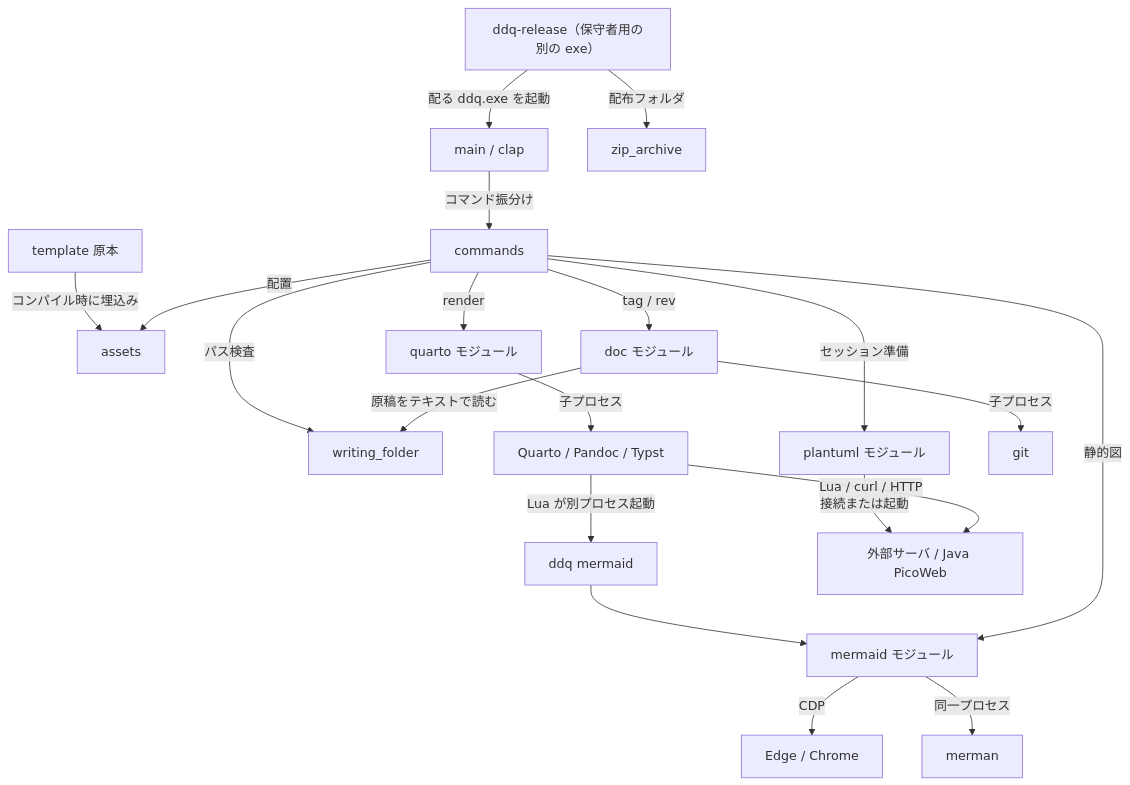
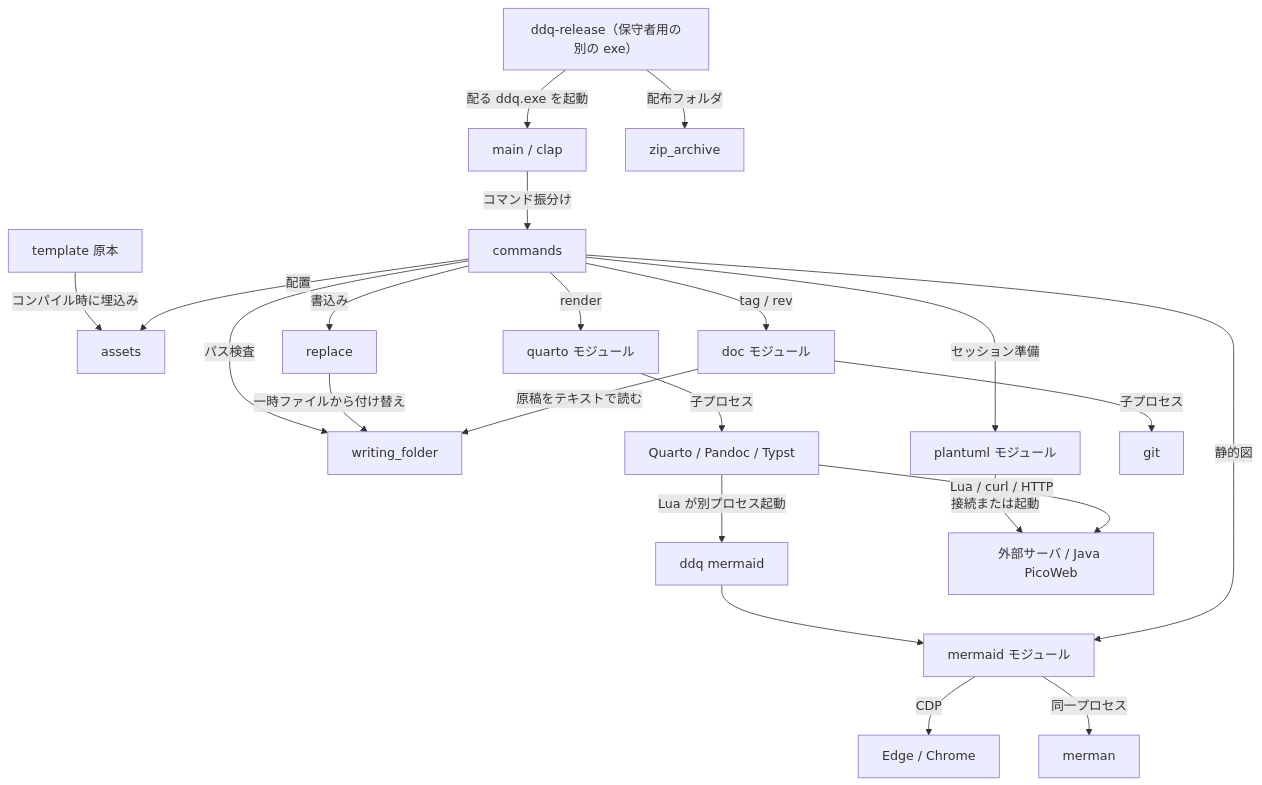
Before and after one commit to ramsesyok/ddq-template: the diagram in docs/cli-impl/02-architecture.qmd, drawn with Mermaid. The commit also changed other lines of this file and 29 other files, not shown here.

````diff
--- a/docs/cli-impl/02-architecture.qmd
+++ b/docs/cli-impl/02-architecture.qmd
@@ -7,22 +7,24 @@
 ```mermaid
 flowchart TB
   T[template 原本] -->|コンパイル時に埋込み| A[assets]
   M[main / clap] -->|コマンド振分け| C[commands]
   C -->|パス検査| W[writing_folder]
   C -->|配置| A
   C -->|render| Q[quarto モジュール]
   Q -->|子プロセス| P[Quarto / Pandoc / Typst]
   P -->|Lua が別プロセス起動| D[ddq mermaid]
   D --> R[mermaid モジュール]
   C -->|静的図| R
   R -->|CDP| B[Edge / Chrome]
   R -->|同一プロセス| N[merman]
   C -->|セッション準備| U[plantuml モジュール]
   U -->|接続または起動| S[外部サーバ / Java PicoWeb]
   P -->|Lua / curl / HTTP| S
   RL[ddq-release（保守者用の別の exe）] -->|配る ddq.exe を起動| M
   RL -->|配布フォルダ| Z[zip_archive]
   C -->|tag / rev| O[doc モジュール]
+  C -->|書込み| X[replace]
+  X -->|一時ファイルから付け替え| W
   O -->|原稿をテキストで読む| W
   O -->|子プロセス| G[git]
 ```
````
